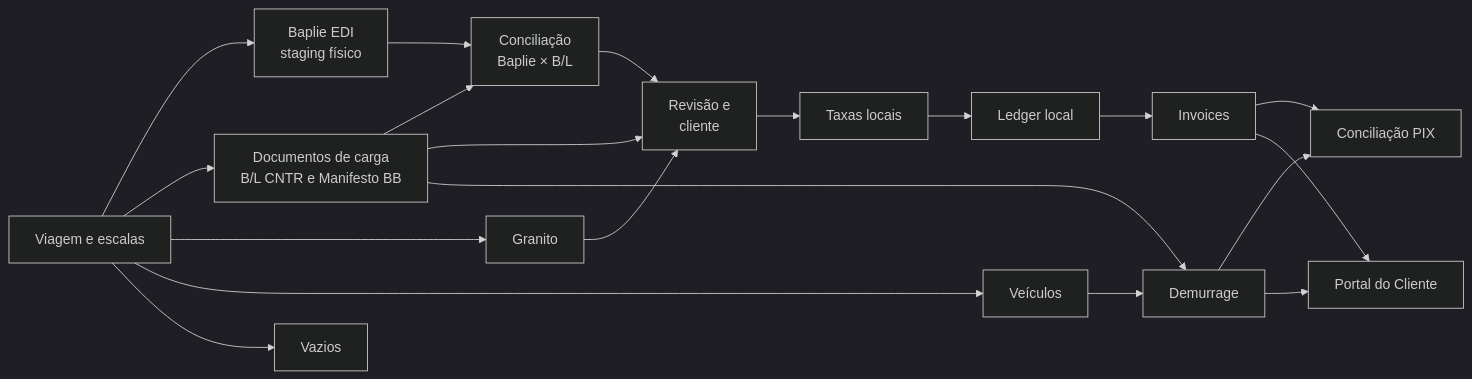
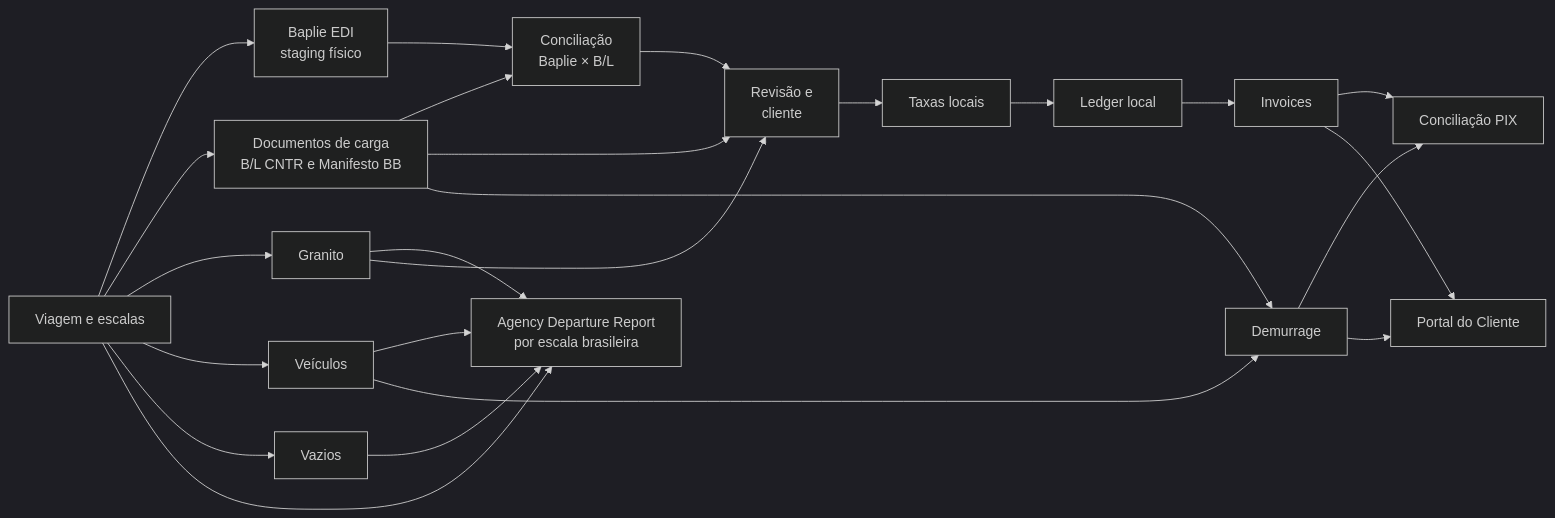
The second of 2 diagrams in docs/ARCHITECTURE.md (luccafwlog/transhippingdesk), drawn with Mermaid (dark theme) before and after one commit. The commit also changed other lines of this file and 6 other files, not shown here.

````diff
--- a/docs/ARCHITECTURE.md
+++ b/docs/ARCHITECTURE.md
@@ -119,37 +119,42 @@
 ```mermaid
 flowchart LR
     Voyage["Viagem e escalas"]
     Baplie["Baplie EDI<br/>staging físico"]
     Manifest["Documentos de carga<br/>B/L CNTR e Manifesto BB"]
     Granite["Granito"]
     Vehicles["Veículos"]
     Empty["Vazios"]
     Reconcile["Conciliação<br/>Baplie × B/L"]
     Review["Revisão e<br/>cliente"]
+    AgencyReport["Agency Departure Report<br/>por escala brasileira"]
     Charges["Taxas locais"]
     Ledger["Ledger local"]
     Invoice["Invoices"]
     Demurrage["Demurrage"]
     Pix["Conciliação PIX"]
     ClientPortal["Portal do Cliente"]
 
     Voyage --> Baplie
     Voyage --> Manifest
     Voyage --> Granite
     Voyage --> Vehicles
     Voyage --> Empty
+    Voyage --> AgencyReport
+    Empty --> AgencyReport
+    Vehicles --> AgencyReport
+    Granite --> AgencyReport
     Baplie --> Reconcile
     Manifest --> Reconcile
     Reconcile --> Review
     Manifest --> Review
     Granite --> Review
     Review --> Charges
     Charges --> Ledger
     Ledger --> Invoice
     Vehicles --> Demurrage
     Manifest --> Demurrage
     Demurrage --> Pix
     Invoice --> Pix
     Invoice --> ClientPortal
     Demurrage --> ClientPortal
 ```
````
